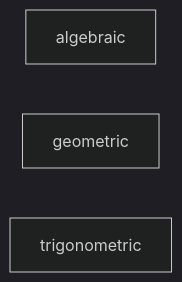
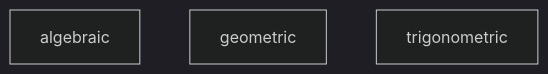
One commit to timcash/timcash.github.io changed the first of 10 diagrams in dag.md. Above: the diagram before and after it, drawn with Mermaid (dark theme). The commit also changed other lines of this file, not shown here.

````diff
--- a/dag.md
+++ b/dag.md
@@ -13,6 +29,6 @@
 ```mermaid
-graph LR
+graph
   Space1[algebraic]
   Space2[geometric]
   Space3[trigonometric]
 ```
````
